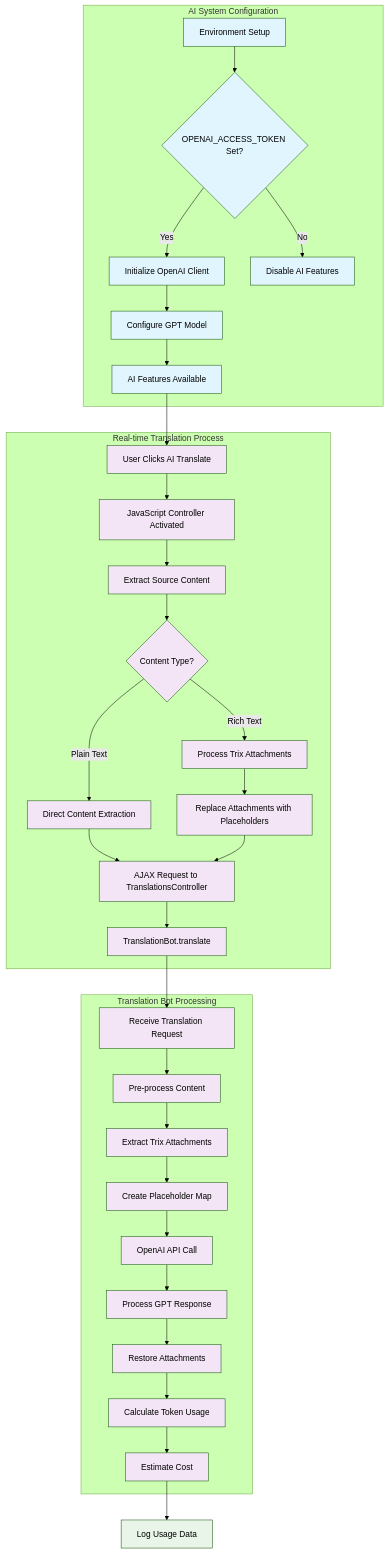
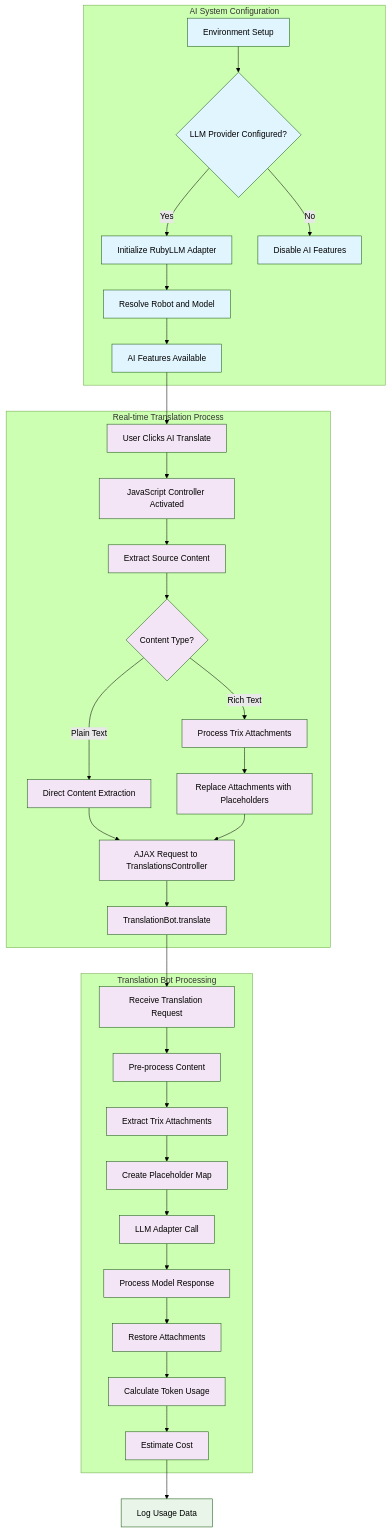
One commit to better-together-org/community-engine-rails changed the diagram in docs/diagrams/source/ai_integration_system_flow.mmd. Above: the diagram before and after it, drawn with Mermaid (forest theme). The commit also changed 12 other files, not shown here.

Commit message:
docs(ai): align llm system docs with adapter runtime

```diff
--- a/docs/diagrams/source/ai_integration_system_flow.mmd
+++ b/docs/diagrams/source/ai_integration_system_flow.mmd
@@ -1,48 +1,48 @@
 graph TB
     %% AI System Configuration
     subgraph CONFIG["AI System Configuration"]
-        A[Environment Setup] --> B{OPENAI_ACCESS_TOKEN Set?}
-        B -->|Yes| C[Initialize OpenAI Client]
+        A[Environment Setup] --> B{LLM Provider Configured?}
+        B -->|Yes| C[Initialize RubyLLM Adapter]
         B -->|No| D[Disable AI Features]
-        C --> E[Configure GPT Model]
+        C --> E[Resolve Robot and Model]
         E --> F[AI Features Available]
     end
 
     %% Real-time Translation Flow
     subgraph RT["Real-time Translation Process"]
         G[User Clicks AI Translate] --> H[JavaScript Controller Activated]
         H --> I[Extract Source Content]
         I --> J{Content Type?}
         J -->|Rich Text| K[Process Trix Attachments]
         J -->|Plain Text| L[Direct Content Extraction]
         K --> M[Replace Attachments with Placeholders]
         L --> N[AJAX Request to TranslationsController]
         M --> N
         N --> O[TranslationBot.translate]
     end
 
     %% Translation Bot Processing
     subgraph TB["Translation Bot Processing"]
         P[Receive Translation Request] --> Q[Pre-process Content]
         Q --> R[Extract Trix Attachments]
         R --> S[Create Placeholder Map]
-        S --> T[OpenAI API Call]
-        T --> U[Process GPT Response]
+        S --> T[LLM Adapter Call]
+        T --> U[Process Model Response]
         U --> V[Restore Attachments]
         V --> W[Calculate Token Usage]
         W --> X[Estimate Cost]
     end
 
     %% Connect main flows
     F --> G
     O --> P
     X --> Y[Log Usage Data]
 
     %% Styling
     classDef configClass fill:#e1f5fe
     classDef processClass fill:#f3e5f5  
     classDef dataClass fill:#e8f5e8
     
     class A,B,C,D,E,F configClass
     class G,H,I,J,K,L,M,N,O,P,Q,R,S,T,U,V,W,X processClass
     class Y dataClass
```
